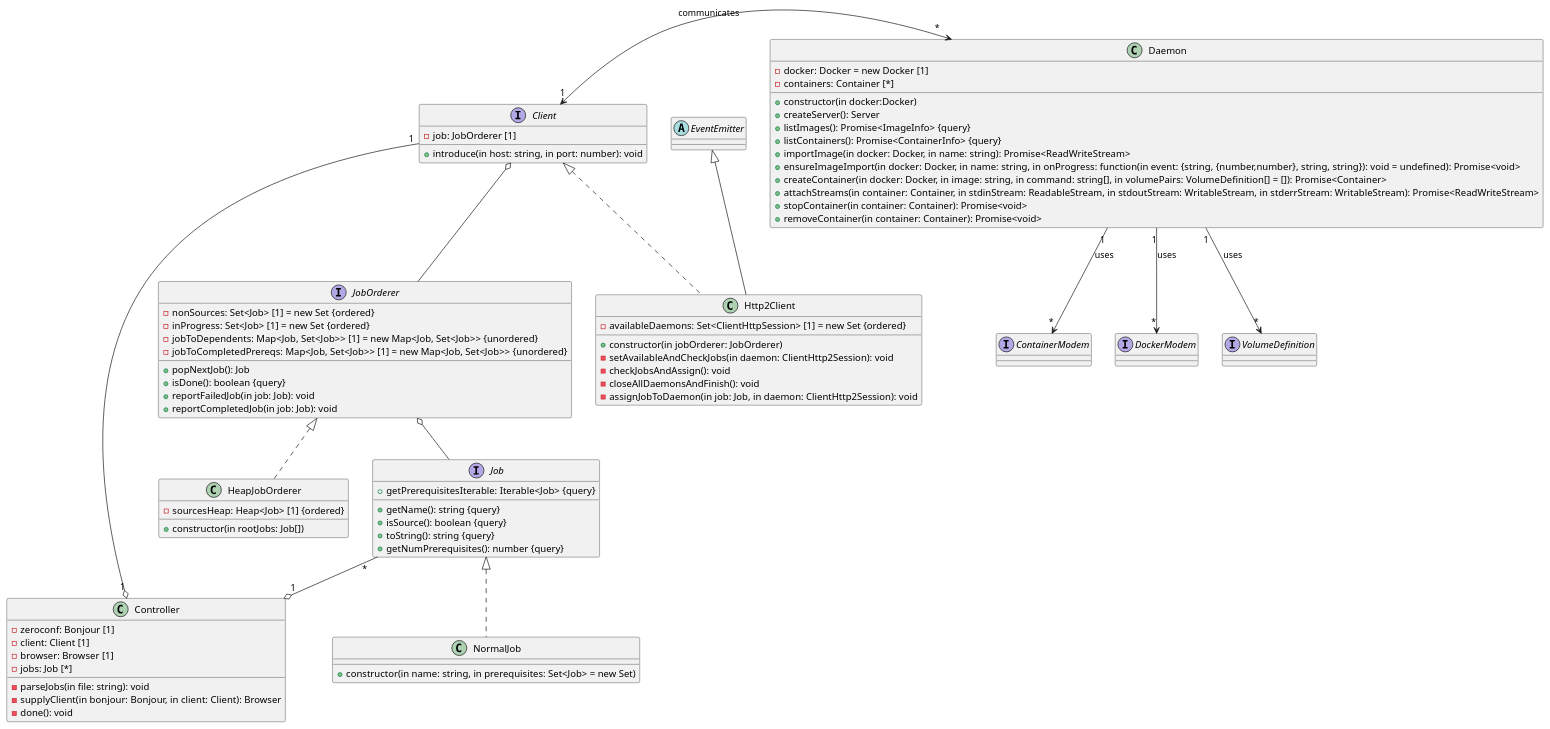
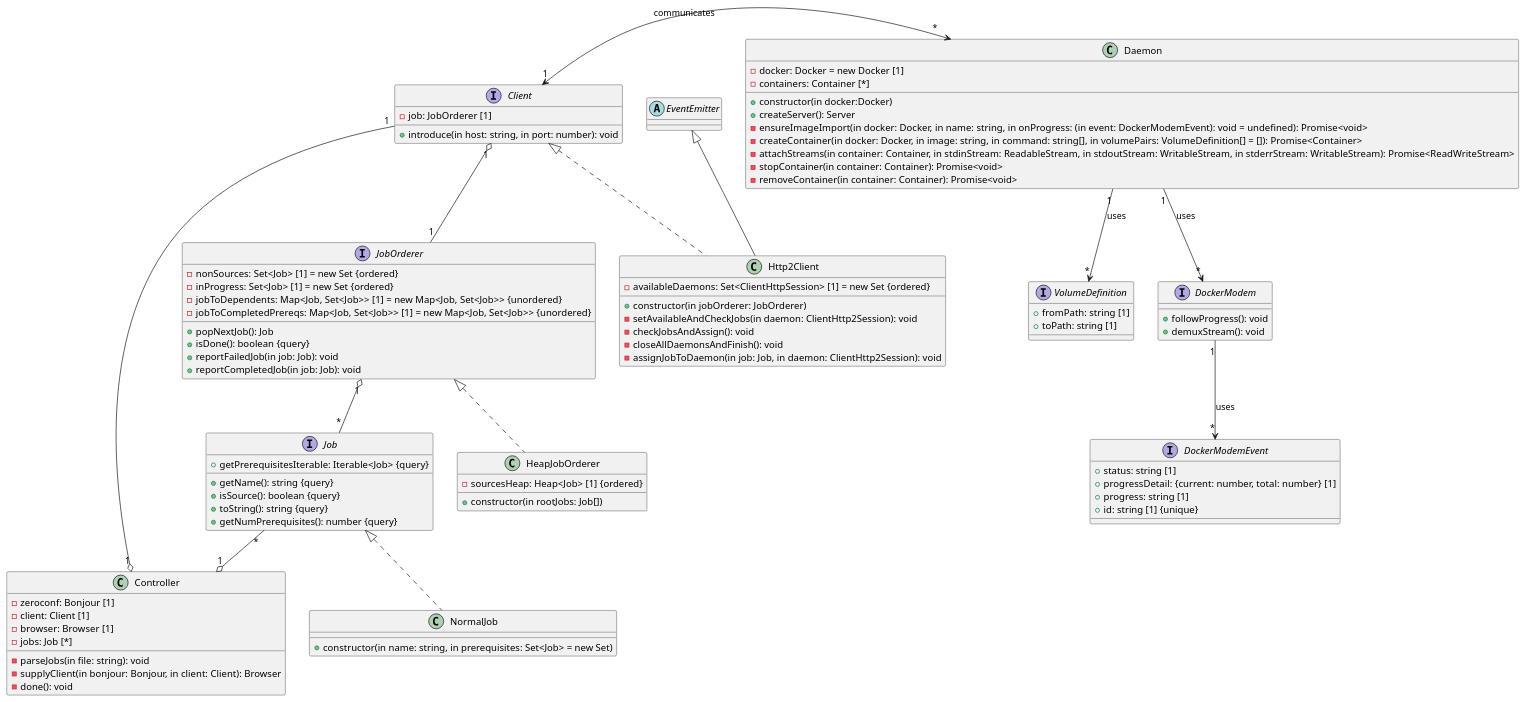
One commit to cs130-w21/1 changed the diagram in Class/class.plantuml. Above: the diagram before and after it, drawn with PlantUML.

Commit message:
Added multiplicity for aggregate relations. Simplified Daemon, and added some of the implementation of Daemon interfaces.

```diff
--- a/Class/class.plantuml
+++ b/Class/class.plantuml
@@ -1,84 +1,93 @@
 @startuml
 class Controller{
 - zeroconf: Bonjour [1]
 - client: Client [1]
 - browser: Browser [1]
 - jobs: Job [*]
 - parseJobs(in file: string): void
 -supplyClient(in bonjour: Bonjour, in client: Client): Browser
 -done(): void
 }
 
 interface Job{
 +getName(): string {query}
 +getPrerequisitesIterable: Iterable<Job> {query}
 +isSource(): boolean {query}
 +toString(): string {query}
 +getNumPrerequisites(): number {query}
 }
 
 Job "*" --o "1" Controller
 
 class NormalJob implements Job{
 +constructor(in name: string, in prerequisites: Set<Job> = new Set)
 }
 
 interface JobOrderer{
 - nonSources: Set<Job> [1] = new Set {ordered}
 - inProgress: Set<Job> [1] = new Set {ordered}
 - jobToDependents: Map<Job, Set<Job>> [1] = new Map<Job, Set<Job>> {unordered}
 - jobToCompletedPrereqs: Map<Job, Set<Job>> [1] = new Map<Job, Set<Job>> {unordered}
 +popNextJob(): Job
 +isDone(): boolean {query}
 +reportFailedJob(in job: Job): void
 +reportCompletedJob(in job: Job): void
 }
 
 class HeapJobOrderer implements JobOrderer{
 - sourcesHeap: Heap<Job> [1] {ordered}
 + constructor(in rootJobs: Job[])
 }
 
-JobOrderer o-- Job
+JobOrderer "1" o-- "*" Job
 Client "1" --o "1" Controller
 
 interface Client{
 -job: JobOrderer [1]
 +introduce(in host: string, in port: number): void
 }
 
 abstract class EventEmitter
 class Http2Client extends EventEmitter implements Client {
 -availableDaemons: Set<ClientHttpSession> [1] = new Set {ordered}
 +constructor(in jobOrderer: JobOrderer)
 -setAvailableAndCheckJobs(in daemon: ClientHttp2Session): void
 -checkJobsAndAssign(): void
 -closeAllDaemonsAndFinish(): void
 -assignJobToDaemon(in job: Job, in daemon: ClientHttp2Session): void
 }
 
-Client o-- JobOrderer
+Client "1" o-- "1" JobOrderer
 
-interface ContainerModem
-interface DockerModem
-interface VolumeDefinition
+interface DockerModemEvent{
++status: string [1]
++progressDetail: {current: number, total: number} [1]
++progress: string [1]
++id: string [1] {unique}
+}
+interface DockerModem{
++followProgress(): void
++demuxStream(): void
+}
+DockerModem "1" --> "*" DockerModemEvent : uses
+interface VolumeDefinition{
++fromPath: string [1]
++toPath: string [1]
+}
 
 class Daemon{
 -docker: Docker = new Docker [1]
 -containers: Container [*]
 +constructor(in docker:Docker)
 +createServer(): Server
-+listImages(): Promise<ImageInfo> {query}
-+listContainers(): Promise<ContainerInfo> {query}
-+importImage(in docker: Docker, in name: string): Promise<ReadWriteStream>
-+ensureImageImport(in docker: Docker, in name: string, in onProgress: function(in event: {string, {number,number}, string, string}): void = undefined): Promise<void>
-+createContainer(in docker: Docker, in image: string, in command: string[], in volumePairs: VolumeDefinition[] = []): Promise<Container>
-+attachStreams(in container: Container, in stdinStream: ReadableStream, in stdoutStream: WritableStream, in stderrStream: WritableStream): Promise<ReadWriteStream>
-+stopContainer(in container: Container): Promise<void>
-+removeContainer(in container: Container): Promise<void>
+-ensureImageImport(in docker: Docker, in name: string, in onProgress: (in event: DockerModemEvent): void = undefined): Promise<void>
+-createContainer(in docker: Docker, in image: string, in command: string[], in volumePairs: VolumeDefinition[] = []): Promise<Container>
+-attachStreams(in container: Container, in stdinStream: ReadableStream, in stdoutStream: WritableStream, in stderrStream: WritableStream): Promise<ReadWriteStream>
+-stopContainer(in container: Container): Promise<void>
+-removeContainer(in container: Container): Promise<void>
 }
 Daemon "1" --> "*" VolumeDefinition : uses
-Daemon "1" --> "*" ContainerModem : uses
 Daemon "1" --> "*" DockerModem : uses
+
 Client "1" <-> "*" Daemon : communicates
 @enduml
```
